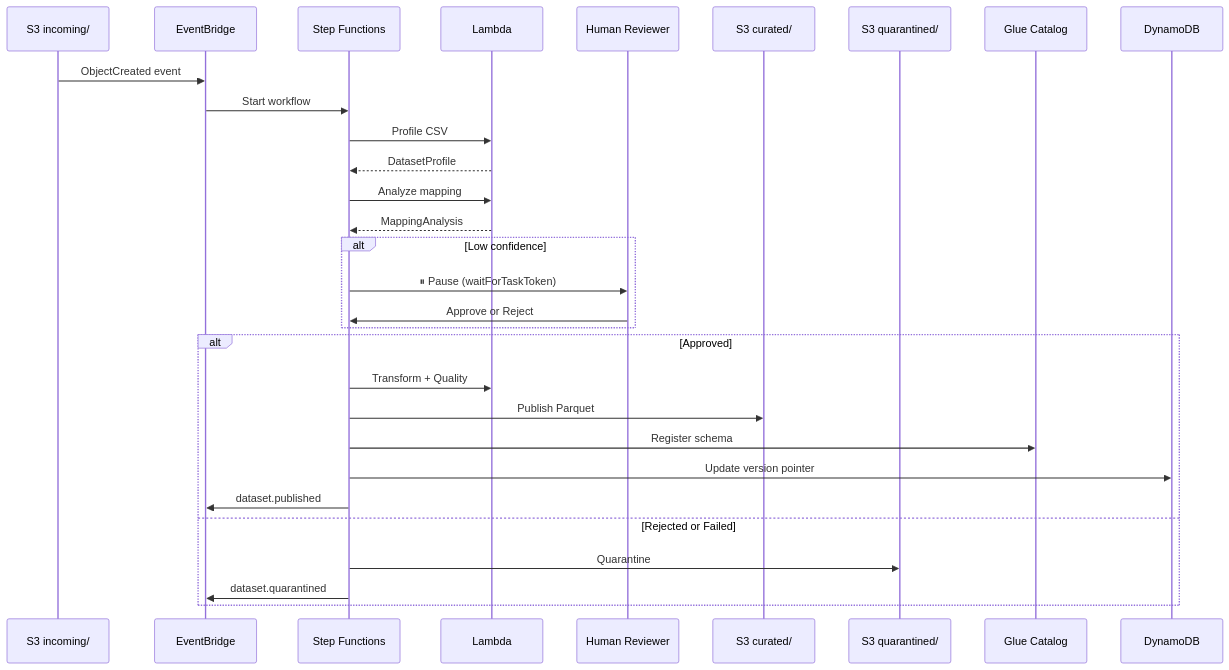
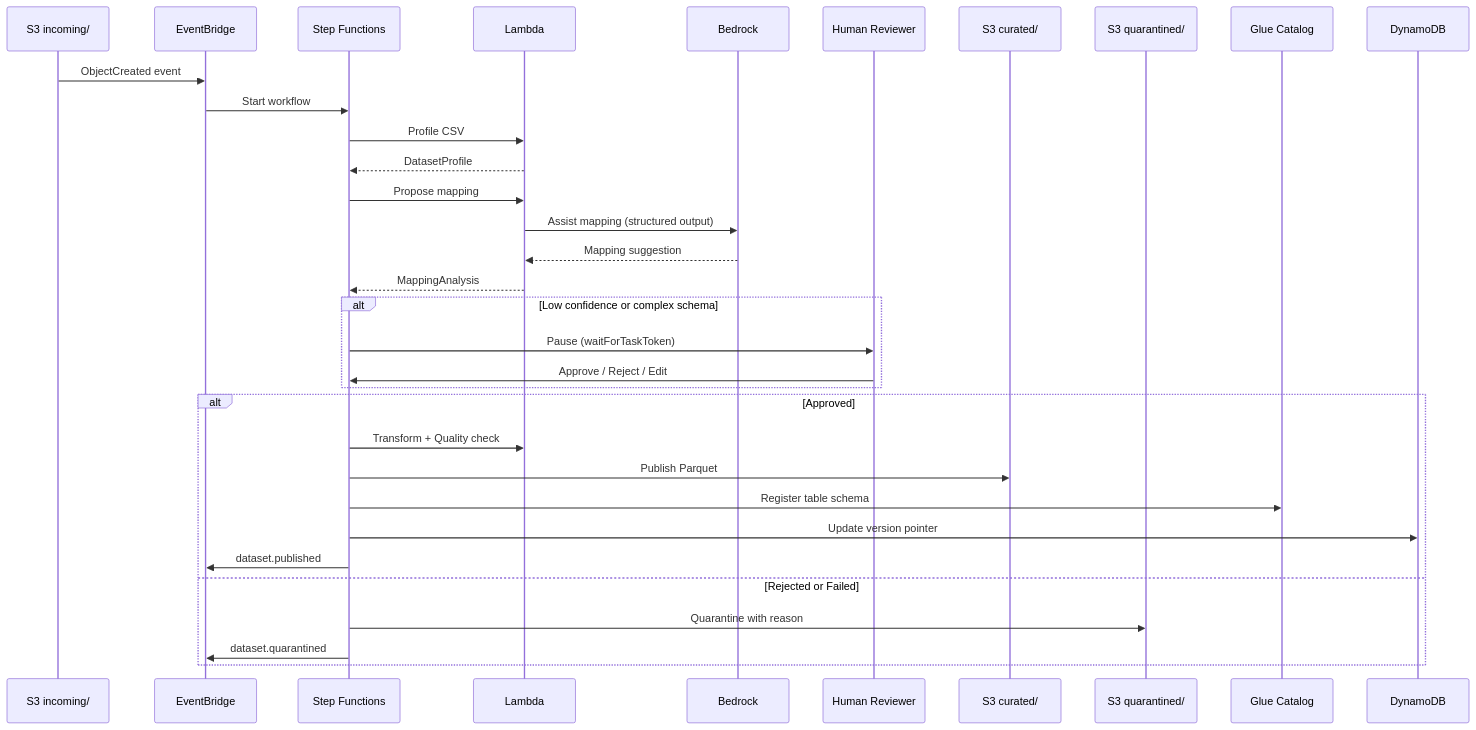
Before and after one commit to rexw713ss/aws_smartcity_hackathon: the second of 4 diagrams in docs/aws-architecture.md, drawn with Mermaid. The commit also changed other lines of this file, not shown here.

Commit message:
Rewrite AWS architecture as production-grade, no stage references

````diff
--- a/docs/aws-architecture.md
+++ b/docs/aws-architecture.md
@@ -97,35 +110,38 @@
 ```mermaid
 sequenceDiagram
     participant S3In as S3 incoming/
     participant EB as EventBridge
     participant SFN as Step Functions
     participant Lambda as Lambda
+    participant Bedrock as Bedrock
     participant Reviewer as Human Reviewer
     participant S3Cur as S3 curated/
     participant S3Qua as S3 quarantined/
     participant Glue as Glue Catalog
     participant DDB as DynamoDB
 
     S3In->>EB: ObjectCreated event
     EB->>SFN: Start workflow
     SFN->>Lambda: Profile CSV
     Lambda-->>SFN: DatasetProfile
-    SFN->>Lambda: Analyze mapping
+    SFN->>Lambda: Propose mapping
+    Lambda->>Bedrock: Assist mapping (structured output)
+    Bedrock-->>Lambda: Mapping suggestion
     Lambda-->>SFN: MappingAnalysis
 
-    alt Low confidence
-        SFN->>Reviewer: ⏸ Pause (waitForTaskToken)
-        Reviewer->>SFN: Approve or Reject
+    alt Low confidence or complex schema
+        SFN->>Reviewer: Pause (waitForTaskToken)
+        Reviewer->>SFN: Approve / Reject / Edit
     end
 
     alt Approved
-        SFN->>Lambda: Transform + Quality
+        SFN->>Lambda: Transform + Quality check
         SFN->>S3Cur: Publish Parquet
-        SFN->>Glue: Register schema
+        SFN->>Glue: Register table schema
         SFN->>DDB: Update version pointer
         SFN->>EB: dataset.published
     else Rejected or Failed
-        SFN->>S3Qua: Quarantine
+        SFN->>S3Qua: Quarantine with reason
         SFN->>EB: dataset.quarantined
     end
 ```
````
